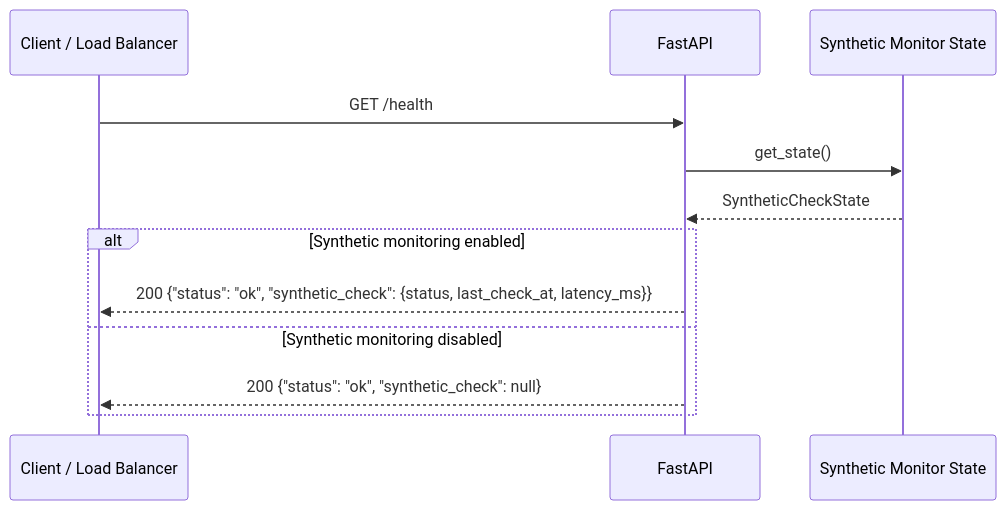
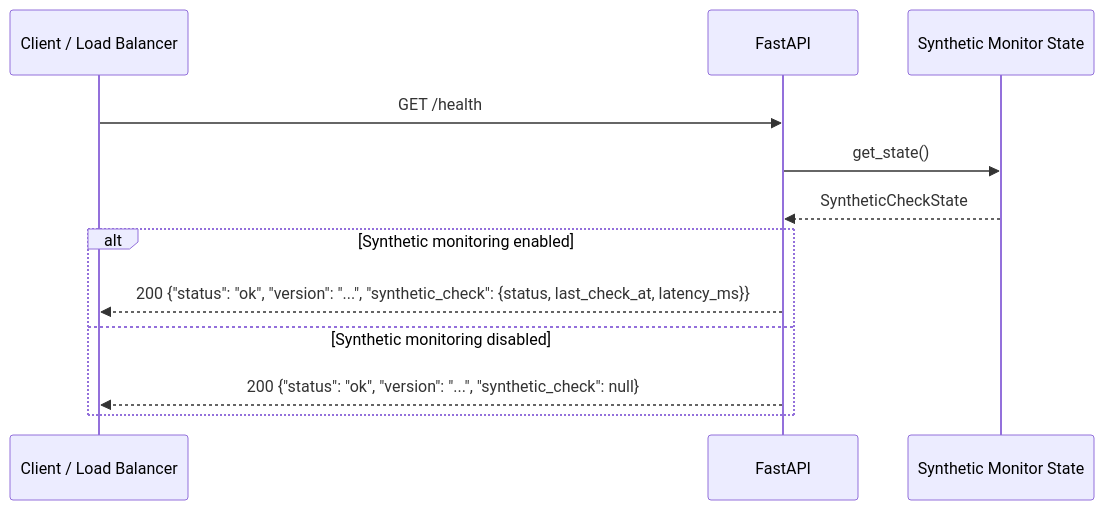
The ninth of 13 diagrams in docs/sequence-diagram.md (finish06/rsync-viewer), drawn with Mermaid before and after one commit. The commit also changed other lines of this file, not shown here.

Commit message:
docs: add /version sequence diagram and update /health response

````diff
--- a/docs/sequence-diagram.md
+++ b/docs/sequence-diagram.md
@@ -291,16 +299,16 @@
 ```mermaid
 sequenceDiagram
     participant C as Client / Load Balancer
     participant App as FastAPI
     participant SM as Synthetic Monitor State
 
     C->>App: GET /health
     App->>SM: get_state()
     SM-->>App: SyntheticCheckState
 
     alt Synthetic monitoring enabled
-        App-->>C: 200 {"status": "ok", "synthetic_check": {status, last_check_at, latency_ms}}
+        App-->>C: 200 {"status": "ok", "version": "...", "synthetic_check": {status, last_check_at, latency_ms}}
     else Synthetic monitoring disabled
-        App-->>C: 200 {"status": "ok", "synthetic_check": null}
+        App-->>C: 200 {"status": "ok", "version": "...", "synthetic_check": null}
     end
 ```
````
